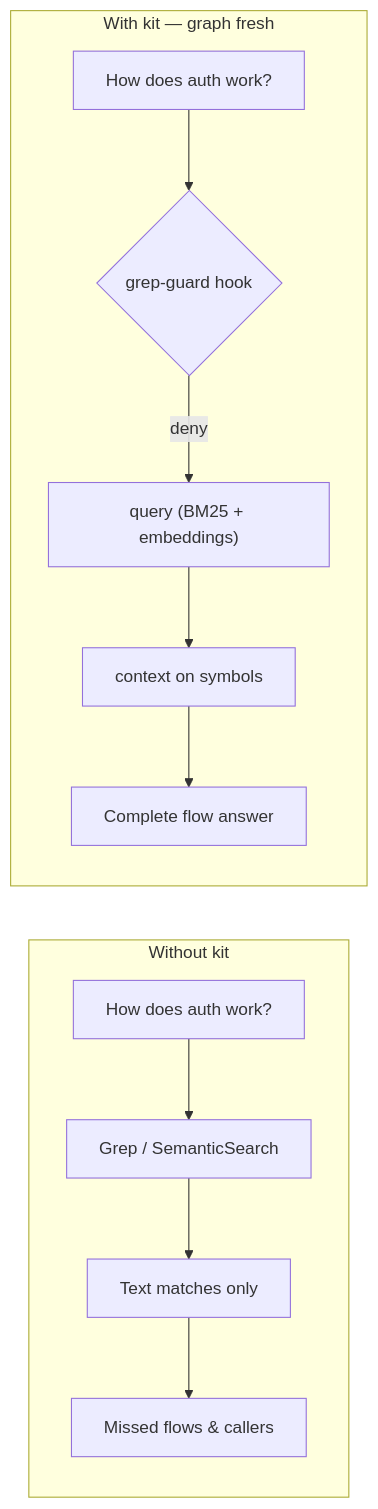
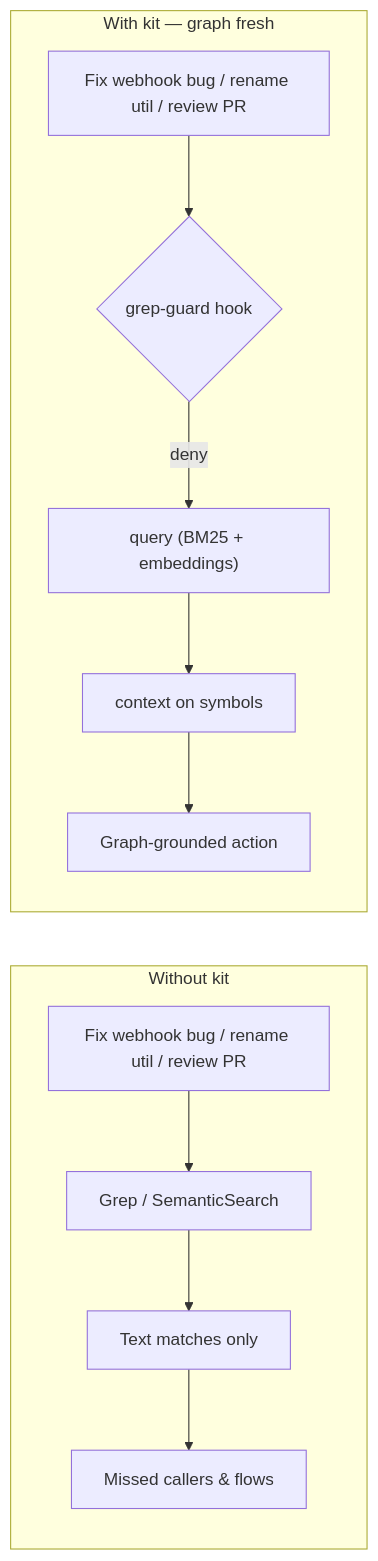
One commit to ReidenXerx/cursor-gitnexus-kit changed the second of 8 diagrams in README.md. Above: the diagram before and after it, drawn with Mermaid. The commit also changed other lines of this file and 19 other files, not shown here.

````diff
--- a/README.md
+++ b/README.md
@@ -31,15 +75,15 @@
 ```mermaid
 flowchart LR
   subgraph without["Without kit"]
-    U1[How does auth work?] --> G1[Grep / SemanticSearch]
+    U1["Fix webhook bug / rename util / review PR"] --> G1[Grep / SemanticSearch]
     G1 --> M1[Text matches only]
-    M1 --> X1[Missed flows & callers]
+    M1 --> X1[Missed callers & flows]
   end
 
   subgraph with["With kit — graph fresh"]
-    U2[How does auth work?] --> H2{grep-guard hook}
+    U2["Fix webhook bug / rename util / review PR"] --> H2{grep-guard hook}
     H2 -->|deny| Q2["query (BM25 + embeddings)"]
     Q2 --> C2[context on symbols]
-    C2 --> A2[Complete flow answer]
+    C2 --> A2[Graph-grounded action]
   end
 ```
````
